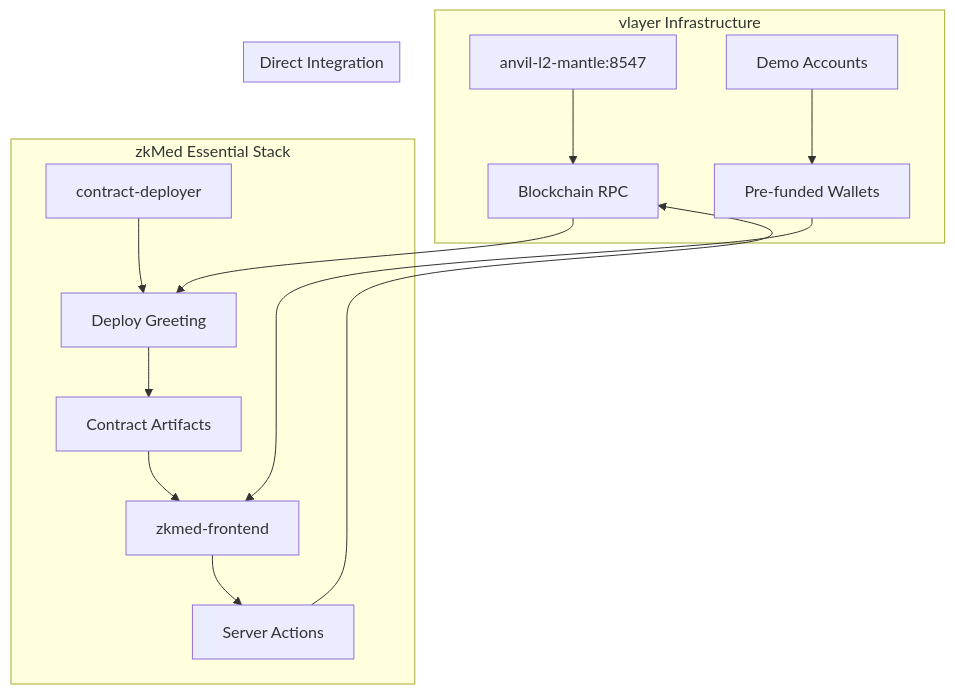
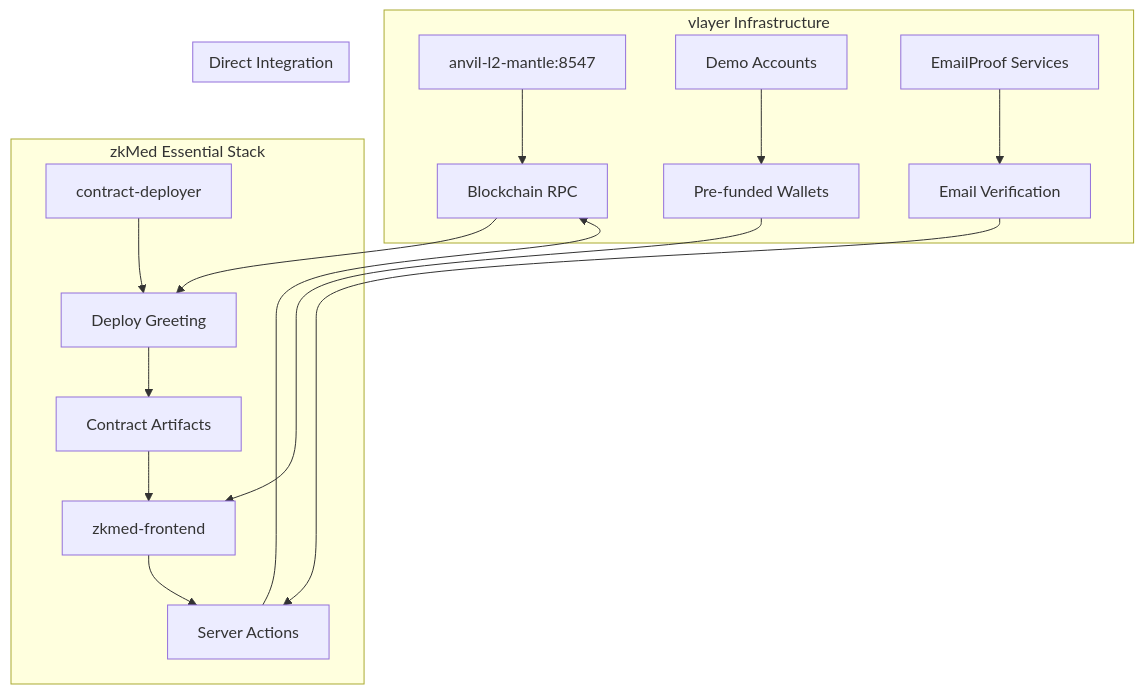
Before and after one commit to ppezzull/zkMed: the tenth of 12 diagrams in memory-bank/systemPatterns.md, drawn with Mermaid. The commit also changed other lines of this file and 7 other files, not shown here.

````diff
--- a/memory-bank/systemPatterns.md
+++ b/memory-bank/systemPatterns.md
@@ -266,20 +294,22 @@
 ```mermaid
 graph TB
     subgraph "vlayer Infrastructure"
         A[anvil-l2-mantle:8547] --> B[Blockchain RPC]
         C[Demo Accounts] --> D[Pre-funded Wallets]
+        E[EmailProof Services] --> F[Email Verification]
     end
     
     subgraph "zkMed Essential Stack"
-        E[contract-deployer] --> F[Deploy Greeting]
-        F --> G[Contract Artifacts]
-        G --> H[zkmed-frontend]
-        H --> I[Server Actions]
+        G[contract-deployer] --> H[Deploy Greeting]
+        H --> I[Contract Artifacts]
+        I --> J[zkmed-frontend]
+        J --> K[Server Actions]
     end
     
     subgraph "Direct Integration"
-        B --> F
-        D --> H
-        I --> B
+        B --> H
+        D --> J
+        F --> K
+        K --> B
     end
 ```
````
